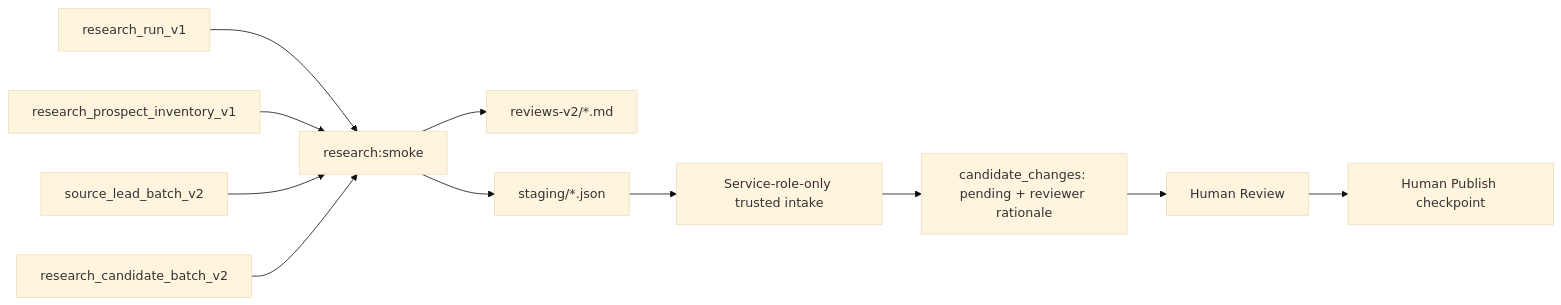
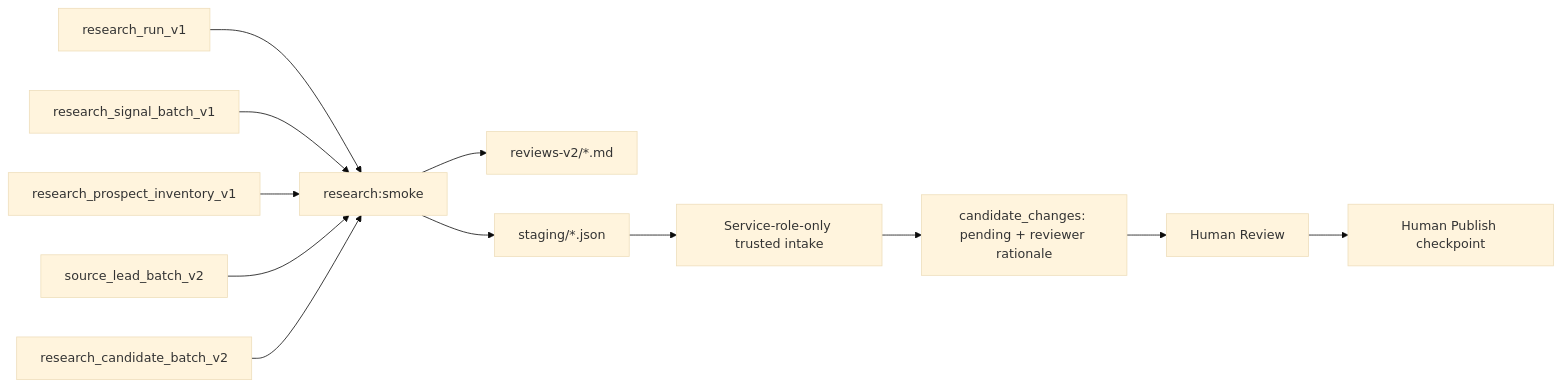
The fourth of 6 diagrams in context/governance/Autonomous Ecosystem Research Pipeline.md (AndDavies/ecosystem_intelligence), drawn with Mermaid (base theme) before and after one commit. The commit also changed other lines of this file and 72 other files, not shown here.

````diff
--- a/context/governance/Autonomous Ecosystem Research Pipeline.md
+++ b/context/governance/Autonomous Ecosystem Research Pipeline.md
@@ -133,13 +136,14 @@
 ```mermaid
 flowchart LR
   R["research_run_v1"] --> V["research:smoke"]
+  S["research_signal_batch_v1"] --> V
   P["research_prospect_inventory_v1"] --> V
   L["source_lead_batch_v2"] --> V
   C["research_candidate_batch_v2"] --> V
   V --> RP["reviews-v2/*.md"]
   V --> SE["staging/*.json"]
   SE --> TI["Service-role-only trusted intake"]
   TI --> CR["candidate_changes: pending + reviewer rationale"]
   CR --> HR["Human Review"]
   HR --> PC["Human Publish checkpoint"]
 ```
````
